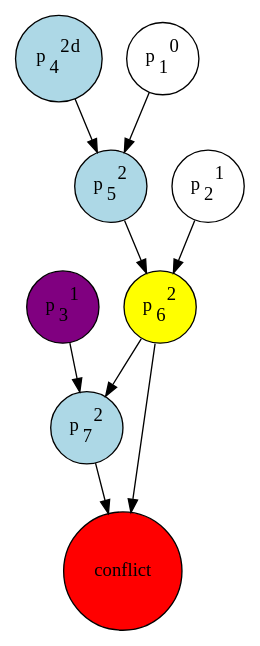
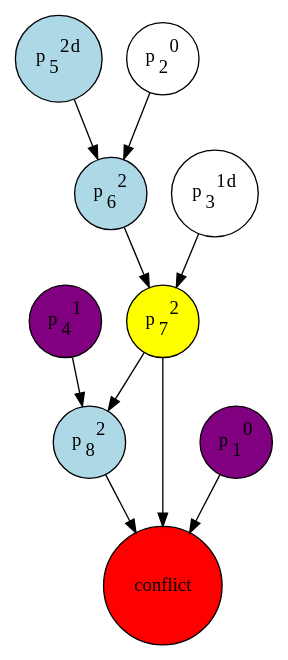
The diagram in Rendu3/graph.dot (NicolasDerumigny/Project2-SAT-Solver), drawn with Graphviz before and after one commit. The commit also changed 2 other files, not shown here.

```diff
--- a/Rendu3/graph.dot
+++ b/Rendu3/graph.dot
@@ -1,24 +1,29 @@
 digraph conflict {
 node [style="filled,rounded",shape=circle,fillcolor=white];
-4 [label=<p<SUB>4</SUB><SUP>2</SUP><SUP>d</SUP>>,fillcolor=lightblue];
-5 [label=<p<SUB>5</SUB><SUP>2</SUP>>,fillcolor=lightblue];
-1 [label=<p<SUB>1</SUB><SUP>0</SUP>>];
-1 -> 5;
-4 [label=<p<SUB>4</SUB><SUP>2</SUP><SUP>d</SUP>>];
-4 -> 5;
+5 [label=<p<SUB>5</SUB><SUP>2</SUP><SUP>d</SUP>>,fillcolor=lightblue];
 6 [label=<p<SUB>6</SUB><SUP>2</SUP>>,fillcolor=lightblue];
-2 [label=<p<SUB>2</SUB><SUP>1</SUP>>];
+2 [label=<p<SUB>2</SUB><SUP>0</SUP>>];
 2 -> 6;
-5 [label=<p<SUB>5</SUB><SUP>2</SUP>>];
+5 [label=<p<SUB>5</SUB><SUP>2</SUP><SUP>d</SUP>>];
 5 -> 6;
 7 [label=<p<SUB>7</SUB><SUP>2</SUP>>,fillcolor=lightblue];
-3 [label=<p<SUB>3</SUB><SUP>1</SUP>>];
+3 [label=<p<SUB>3</SUB><SUP>1</SUP><SUP>d</SUP>>];
 3 -> 7;
 6 [label=<p<SUB>6</SUB><SUP>2</SUP>>];
 6 -> 7;
-6 [fillcolor=yellow];
-3 [fillcolor=purple];
+8 [label=<p<SUB>8</SUB><SUP>2</SUP>>,fillcolor=lightblue];
+7 [label=<p<SUB>7</SUB><SUP>2</SUP>>];
+7 -> 8;
+4 [label=<p<SUB>4</SUB><SUP>1</SUP>>];
+4 -> 8;
+1 [fillcolor=purple];
+7 [fillcolor=yellow];
+4 [fillcolor=purple];
 conflict [fillcolor=red];
-6 -> conflict;
+1 [label=<p<SUB>1</SUB><SUP>0</SUP>>];
+1 -> conflict;
+7 [label=<p<SUB>7</SUB><SUP>2</SUP>>];
 7 -> conflict;
+8 [label=<p<SUB>8</SUB><SUP>2</SUP>>];
+8 -> conflict;
 }
```
